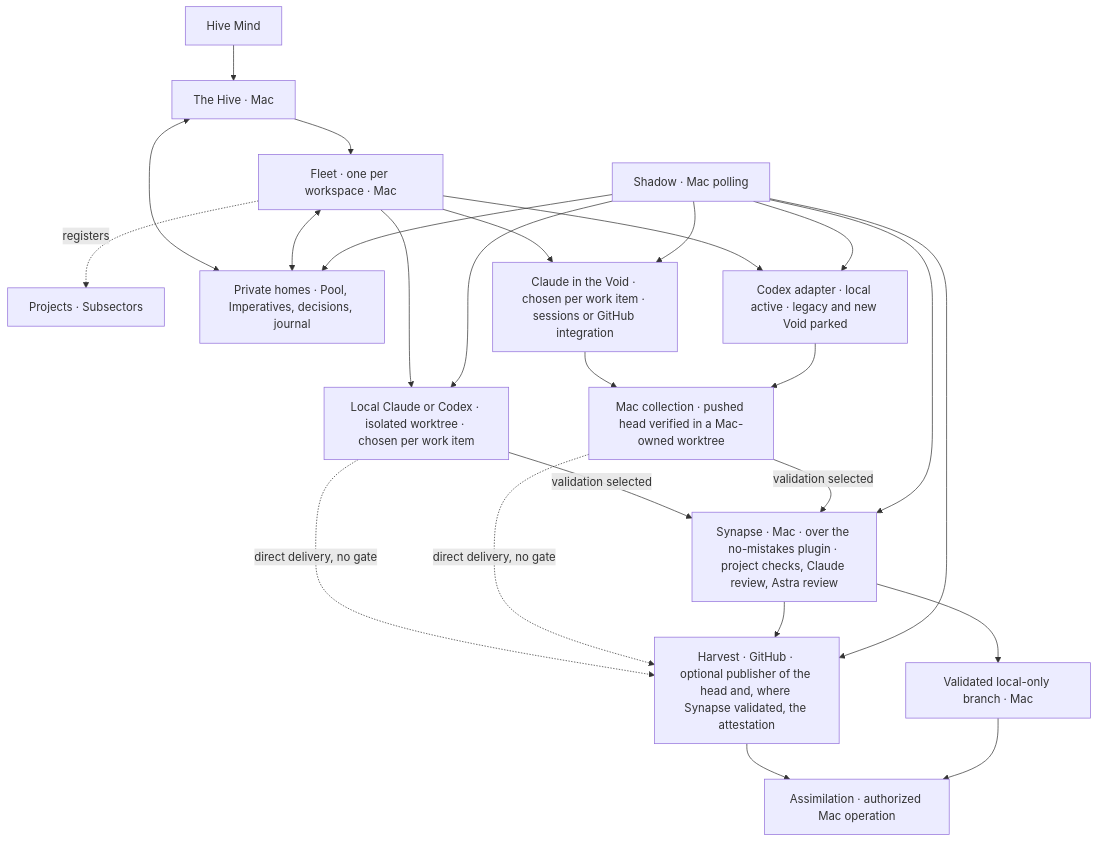
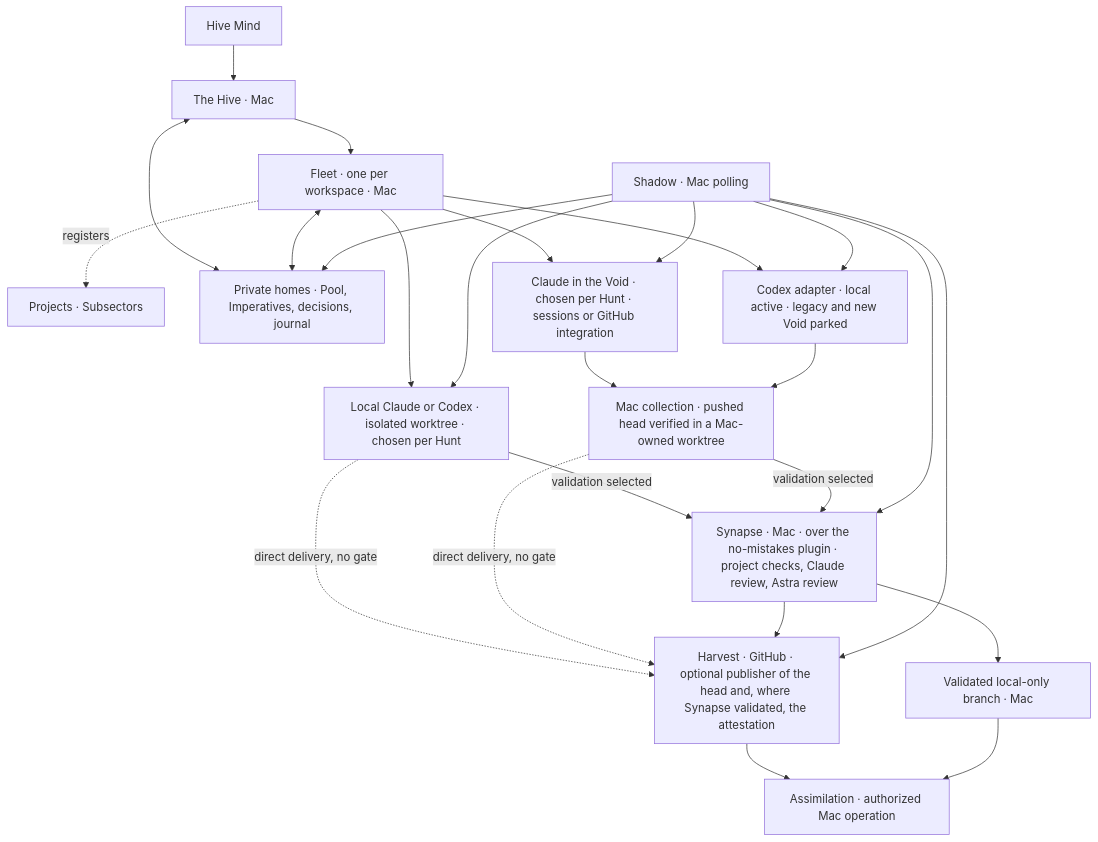
The diagram in docs/design.md (kesk-git/hive), drawn with Mermaid before and after one commit. The commit also changed other lines of this file and 8 other files, not shown here.

````diff
--- a/docs/design.md
+++ b/docs/design.md
@@ -44,27 +59,27 @@
 ```mermaid
 flowchart TD
     Mind[Hive Mind] --> Hive[The Hive · Mac]
     Hive --> Fleet[Fleet · one per workspace · Mac]
     Fleet -. registers .-> Projects[Projects · Subsectors]
     Hive <--> Private[Private homes · Pool, Imperatives, decisions, journal]
     Fleet <--> Private
-    Fleet --> Local[Local Claude or Codex · isolated worktree · chosen per work item]
-    Fleet --> Claude[Claude in the Void · chosen per work item · sessions or GitHub integration]
+    Fleet --> Local[Local Claude or Codex · isolated worktree · chosen per Hunt]
+    Fleet --> Claude[Claude in the Void · chosen per Hunt · sessions or GitHub integration]
     Fleet --> Codex[Codex adapter · local active · legacy and new Void parked]
     Local -- validation selected --> Synapse[Synapse · Mac · over the no-mistakes plugin · project checks, Claude review, Astra review]
     Claude --> Collection[Mac collection · pushed head verified in a Mac-owned worktree]
     Codex --> Collection
     Collection -- validation selected --> Synapse
     Local -. direct delivery, no gate .-> Harvest
     Collection -. direct delivery, no gate .-> Harvest
     Synapse --> Harvest[Harvest · GitHub · optional publisher of the head and, where Synapse validated, the attestation]
     Synapse --> Branch[Validated local-only branch · Mac]
     Harvest --> Assimilation[Assimilation · authorized Mac operation]
     Branch --> Assimilation
     Shadow[Shadow · Mac polling] --> Private
     Shadow --> Local
     Shadow --> Claude
     Shadow --> Codex
     Shadow --> Synapse
     Shadow --> Harvest
 ```
````
